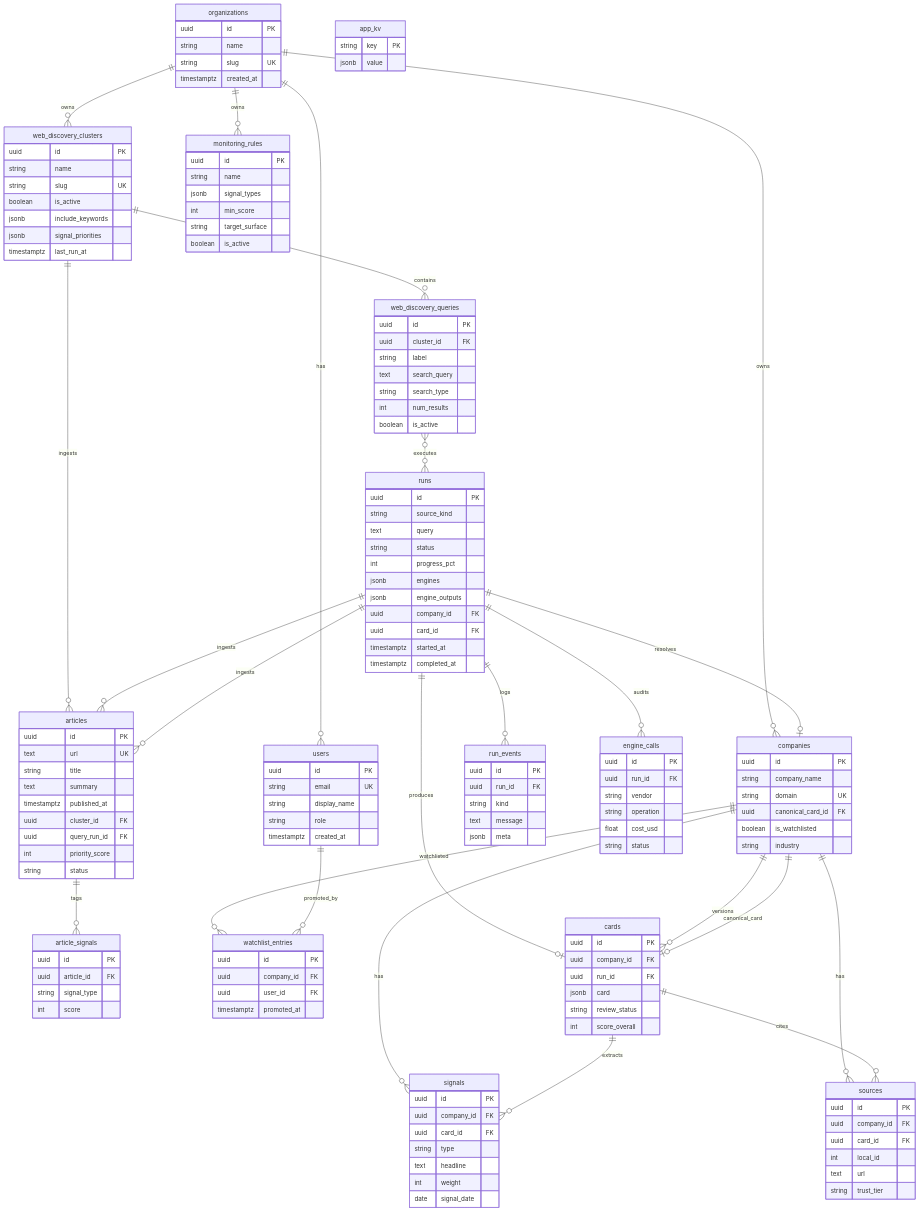
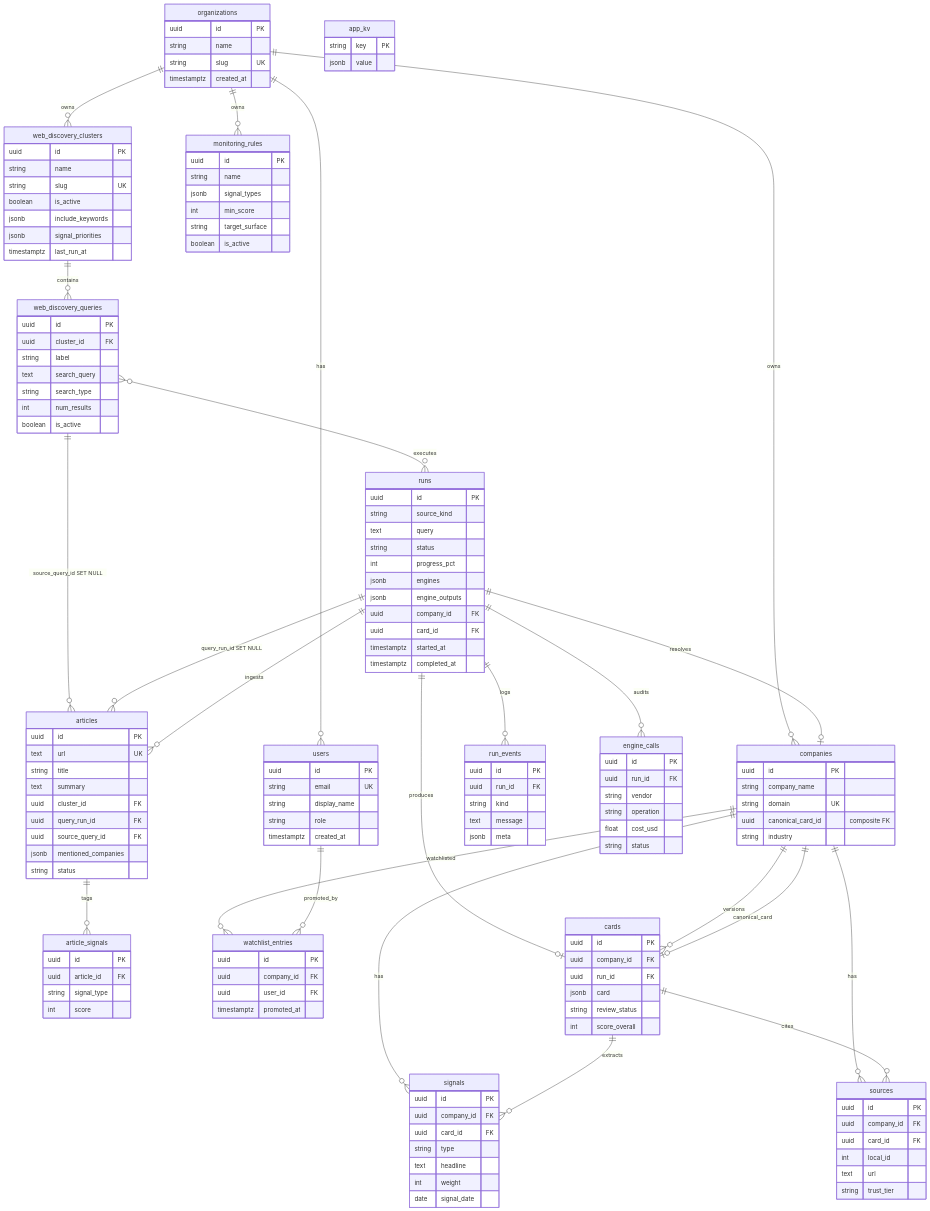
Before and after one commit to Growth-Maschine/NORAD-INTEL-ENGINE-V1: the first of 10 diagrams in docs/phase-1/P1-04-admin.md, drawn with Mermaid. The commit also changed other lines of this file, not shown here.

First line of the commit message:
docs(phase-1): update admin documentation for schema clarity and foreign key references

```diff
--- a/docs/phase-1/P1-04-admin.md
+++ b/docs/phase-1/P1-04-admin.md
@@ -558,10 +561,10 @@
         text url UK
         string title
         text summary
-        timestamptz published_at
         uuid cluster_id FK
         uuid query_run_id FK
-        int priority_score
+        uuid source_query_id FK
+        jsonb mentioned_companies
         string status
     }
 
@@ -606,8 +609,7 @@
         uuid id PK
         string company_name
         string domain UK
-        uuid canonical_card_id FK
-        boolean is_watchlisted
+        uuid canonical_card_id "composite FK"
         string industry
     }
 
@@ -669,9 +671,8 @@
     web_discovery_clusters ||--o{ web_discovery_queries : contains
 
     web_discovery_queries }o--o{ runs : executes
-    web_discovery_clusters ||--o{ articles : ingests
-
-    runs ||--o{ articles : ingests
+    web_discovery_queries ||--o{ articles : "source_query_id SET NULL"
+    runs ||--o{ articles : "query_run_id SET NULL"
 
     runs ||--o{ run_events : logs
     runs ||--o{ engine_calls : audits
```
